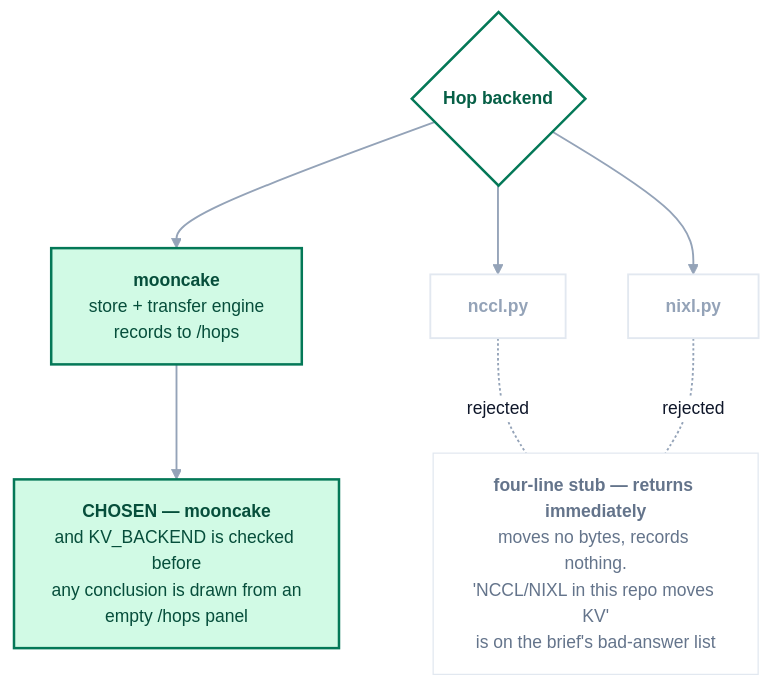
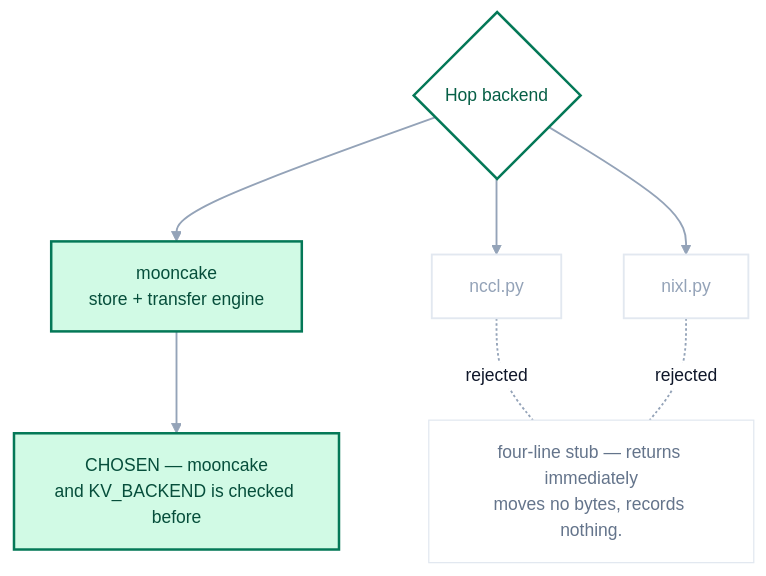
The seventh of 7 diagrams in SUBMISSION.md (harshuljain13/Dodona), drawn with Mermaid before and after one commit. The commit also changed other lines of this file and 17 other files, not shown here.

````diff
--- a/SUBMISSION.md
+++ b/SUBMISSION.md
@@ -812,46 +812,46 @@
 ```mermaid
 %%{init: {'theme':'base','themeVariables':{
   'fontFamily':'ui-sans-serif, -apple-system, Segoe UI, Inter, Helvetica, Arial, sans-serif','fontSize':'14px',
   'primaryColor':'#ecfdf5','primaryTextColor':'#0f172a','primaryBorderColor':'#059669',
   'secondaryColor':'#f8fafc','tertiaryColor':'#ffffff',
   'lineColor':'#94a3b8','textColor':'#1e293b',
   'clusterBkg':'#ffffff','clusterBorder':'#a7f3d0',
   'edgeLabelBackground':'#ffffff','nodeBorder':'#059669'
 }}}%%
 flowchart TD
-    S{"<b>Hop backend</b>"}
-    MC["<b>mooncake</b><br/>store + transfer engine<br/>records to /hops"]
-    NC["<b>nccl.py</b>"]
-    NX["<b>nixl.py</b>"]
+    S{"Hop backend"}
+    MC["mooncake<br/>store + transfer engine"]
+    NC["nccl.py"]
+    NX["nixl.py"]
 
-    NCX["<b>four-line stub — returns immediately</b><br/>moves no bytes, records nothing.<br/>'NCCL/NIXL in this repo moves KV'<br/>is on the brief's bad-answer list"]
+    NCX["four-line stub — returns immediately<br/>moves no bytes, records nothing."]
 
-    FIN["<b>CHOSEN — mooncake</b><br/>and KV_BACKEND is checked before<br/>any conclusion is drawn from an<br/>empty /hops panel"]
+    FIN["CHOSEN — mooncake<br/>and KV_BACKEND is checked before"]
 
     S --> MC & NC & NX
     NC -.-|"rejected"| NCX
     NX -.-|"rejected"| NCX
     MC ==> FIN
 
     class MC,FIN pick
     class S gate
     class NC,NX dead
     class NCX note
 
     classDef primary   fill:#ecfdf5,stroke:#059669,stroke-width:1.5px,color:#0f172a
     classDef secondary fill:#f0fdf4,stroke:#16a34a,stroke-width:1.5px,color:#0f172a
     classDef accent    fill:#ffffff,stroke:#059669,stroke-width:1.5px,color:#0f172a
     classDef decision  fill:#ffffff,stroke:#047857,stroke-width:2px,color:#065f46
     classDef gate      fill:#ffffff,stroke:#047857,stroke-width:2px,color:#065f46
     classDef data      fill:#f0fdf4,stroke:#16a34a,stroke-width:1.5px,color:#0f172a
     classDef neutral   fill:#f8fafc,stroke:#cbd5e1,stroke-width:1.5px,color:#475569
     classDef success   fill:#d1fae5,stroke:#047857,stroke-width:1.5px,color:#065f46
     classDef out       fill:#d1fae5,stroke:#047857,stroke-width:1.5px,color:#065f46
     classDef input     fill:#ffffff,stroke:#94a3b8,stroke-width:1.5px,color:#334155
     classDef highlight fill:#dcfce7,stroke:#15803d,stroke-width:1.5px,color:#14532d
     classDef pick      fill:#d1fae5,stroke:#047857,stroke-width:2px,color:#064e3b
     classDef alt       fill:#ecfdf5,stroke:#059669,stroke-width:1.5px,color:#0f172a
     classDef dead      fill:#ffffff,stroke:#e2e8f0,stroke-width:1.5px,color:#94a3b8
     classDef note      fill:#ffffff,stroke:#e2e8f0,stroke-width:1px,color:#64748b
     linkStyle default stroke:#94a3b8,stroke-width:1.5px
 ```
````
